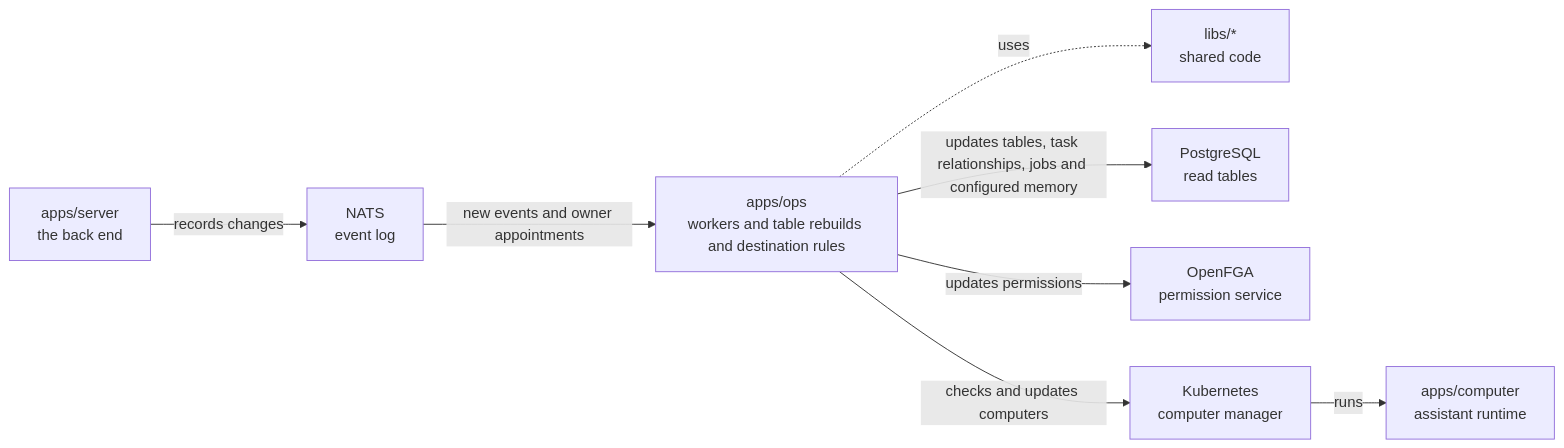
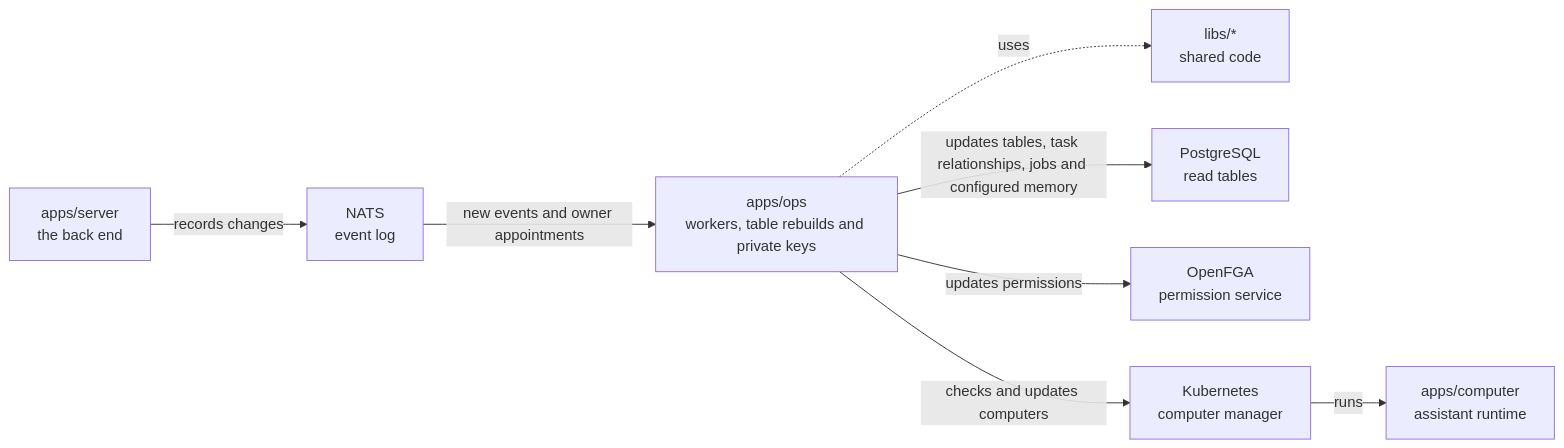
Before and after one commit to elewa-git/opencrane-new: the diagram in apps/ops/README.md, drawn with Mermaid. The commit also changed other lines of this file and 23 other files, not shown here.

Commit message:
🧾 Define encrypted survey progress and prepare private member keys

````diff
--- a/apps/ops/README.md
+++ b/apps/ops/README.md
@@ -11,10 +11,10 @@
 ```mermaid
 flowchart LR
   server["apps/server<br/>the back end"] -->|records changes| nats["NATS<br/>event log"]
-  nats -->|new events and owner appointments| ops["apps/ops<br/>workers and table rebuilds and destination rules"]
+  nats -->|new events and owner appointments| ops["apps/ops<br/>workers, table rebuilds and private keys"]
   ops -.->|uses| libs["libs/*<br/>shared code"]
   ops -->|updates tables, task relationships, jobs and configured memory| postgres["PostgreSQL<br/>read tables"]
   ops -->|updates permissions| fga["OpenFGA<br/>permission service"]
   ops -->|checks and updates computers| kube["Kubernetes<br/>computer manager"]
   kube -->|runs| computer["apps/computer<br/>assistant runtime"]
 ```
````
